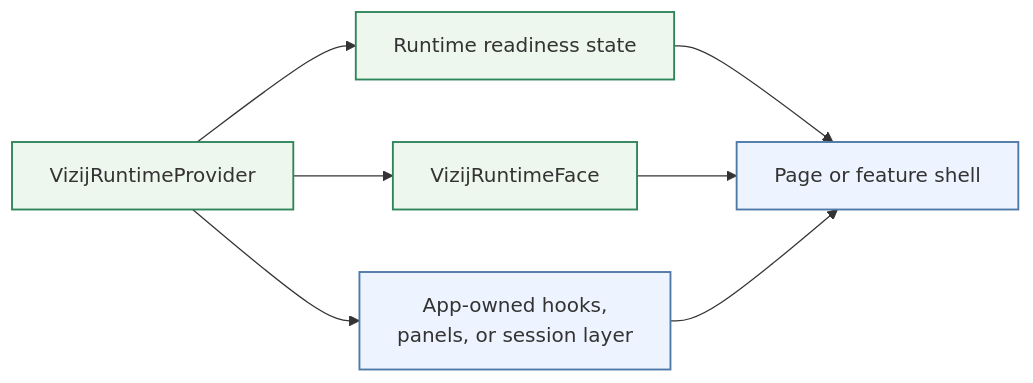
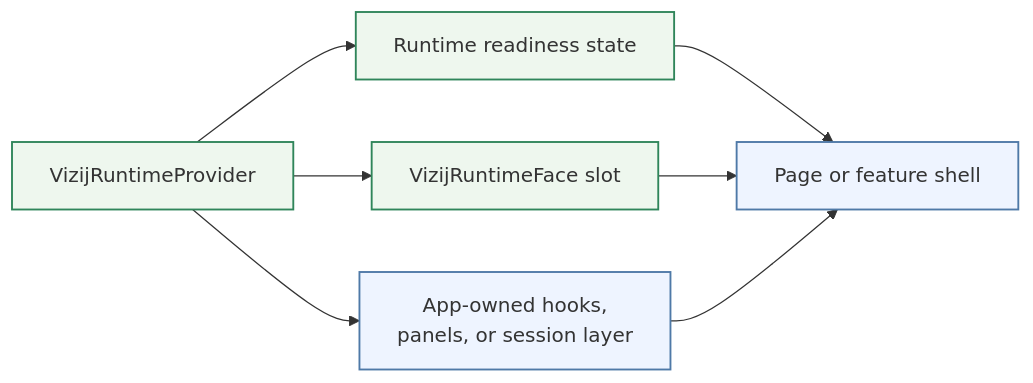
The second of 2 diagrams in current_documentation/guidebook/integrate/loading-playback-and-embedding.md (vizij-ai/vizij-docs), drawn with Mermaid before and after one commit. The commit also changed other lines of this file and 9 other files, not shown here.

````diff
--- a/current_documentation/guidebook/integrate/loading-playback-and-embedding.md
+++ b/current_documentation/guidebook/integrate/loading-playback-and-embedding.md
@@ -156,21 +168,21 @@
 ```mermaid
 flowchart LR
     classDef playback fill:#eef7ee,stroke:#2f855a,stroke-width:1.5px
     classDef embed fill:#eef4ff,stroke:#4e79a7,stroke-width:1.5px
 
     provider["VizijRuntimeProvider"]
     state["Runtime readiness state"]
-    face["VizijRuntimeFace"]
+    face["VizijRuntimeFace slot"]
     hooks["App-owned hooks,\npanels, or session layer"]
     shell["Page or feature shell"]
 
     provider --> hooks
     provider --> state
     provider --> face
     state --> shell
     face --> shell
     hooks --> shell
 
     class provider,state,face playback
     class hooks,shell embed
 ```
````
